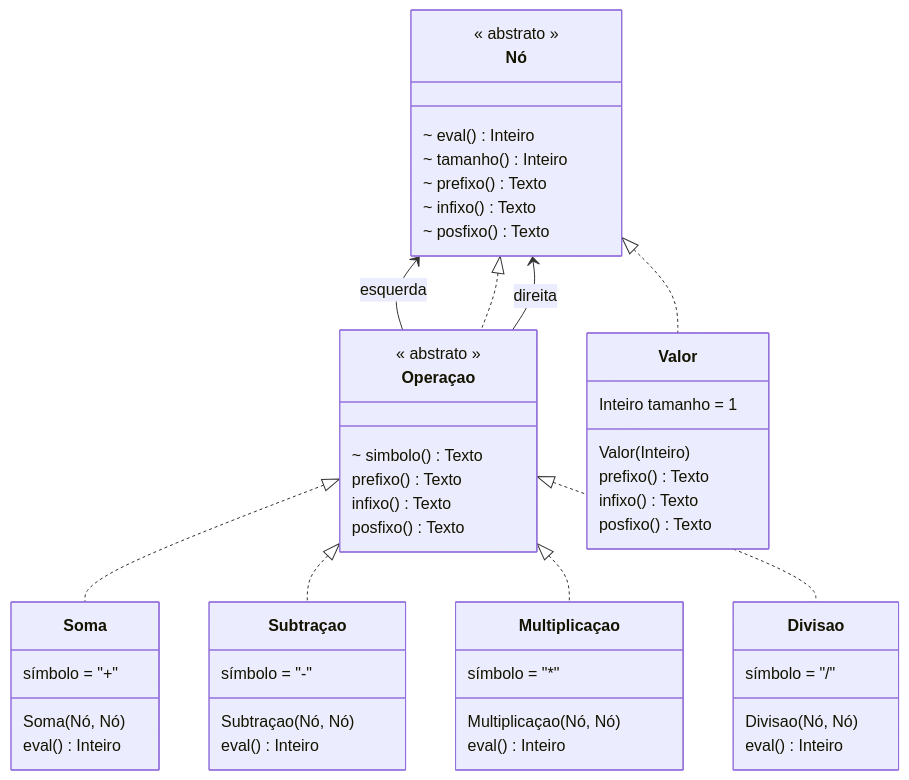
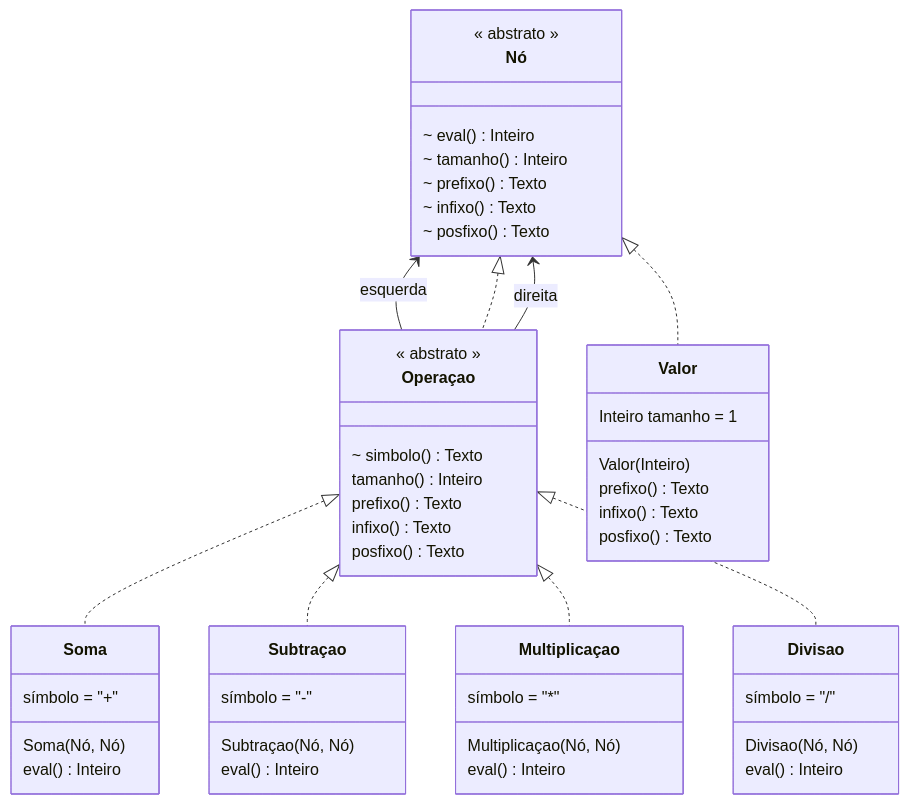
The second of 2 diagrams in 01-Arvore Binária de Expressão.md (lrlucena/gist-potigol), drawn with Mermaid before and after one commit. The commit also changed other lines of this file, not shown here.

````diff
--- a/01-Arvore Binária de Expressão.md
+++ b/01-Arvore Binária de Expressão.md
@@ -21,63 +37,64 @@
 ```mermaid
 classDiagram
     class Nó {
       << abstrato >>
       ~ eval() Inteiro
       ~ tamanho() Inteiro
       ~ prefixo() Texto
       ~ infixo() Texto
       ~ posfixo() Texto
     }
     
     class Operaçao {
       << abstrato >>
       ~ simbolo() Texto
+      tamanho() Inteiro
       prefixo() Texto
       infixo() Texto
       posfixo() Texto
     }
     
     Nó <-- Operaçao : esquerda
     Nó <|.. Operaçao
     Nó <-- Operaçao : direita
         
     Nó <|.. Valor
     
     class Soma {
       símbolo = "+"
       Soma(Nó, Nó)
       eval() Inteiro
     }
     
     class Subtraçao {
       símbolo = "-"
       Subtraçao(Nó, Nó)
       eval() Inteiro
     }
     
     class Multiplicaçao {
       símbolo = "*"
       Multiplicaçao(Nó, Nó)
       eval() Inteiro
     }
 
     class Divisao {
       símbolo = "/"
       Divisao(Nó, Nó)
       eval() Inteiro
     }
     
     Operaçao <|.. Soma
     Operaçao <|.. Subtraçao
     Operaçao <|.. Multiplicaçao
     Operaçao <|.. Divisao
     
     class Valor {
       Inteiro tamanho = 1
       Valor(Inteiro)
       prefixo() Texto
       infixo() Texto
       posfixo() Texto
     }
 
 ```
````
